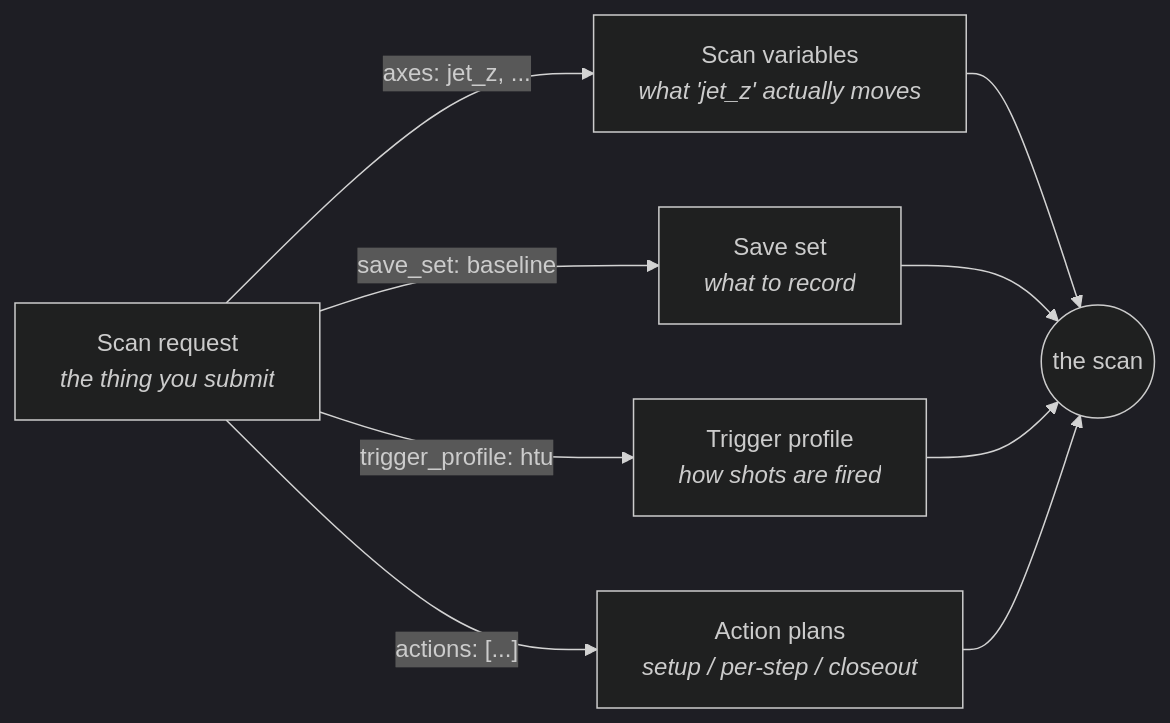
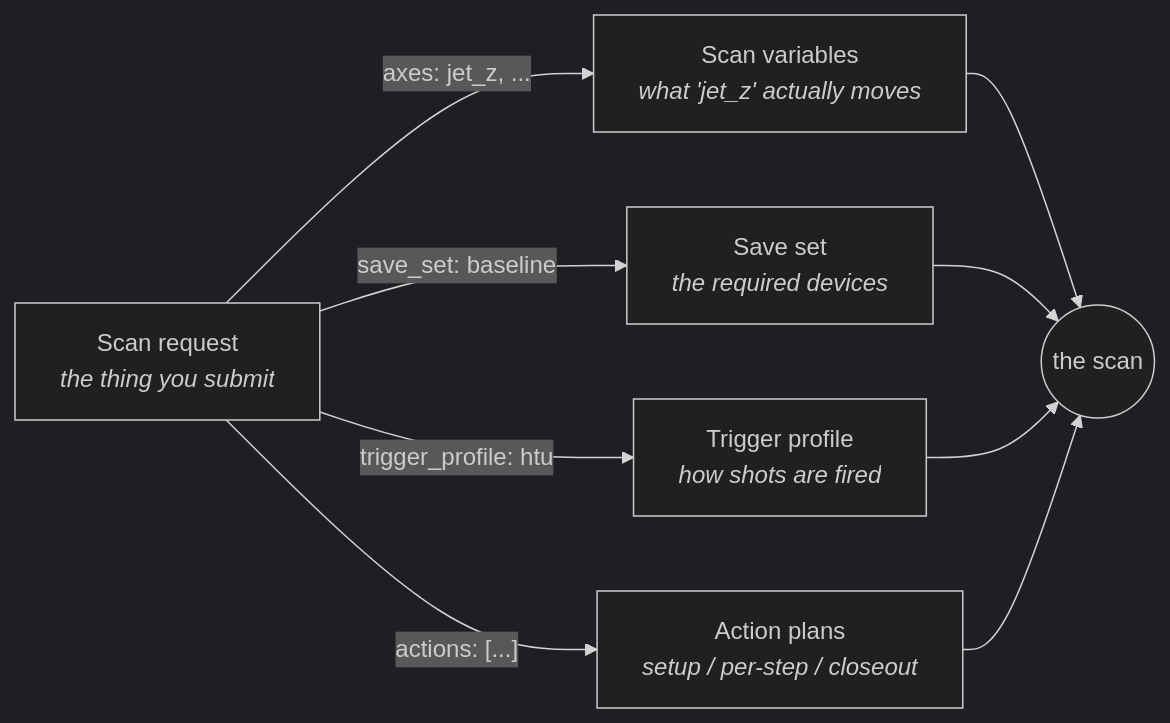
The diagram in docs/geecs_schemas/schemas_overview.md (GEECS-BELLA/GEECS-Plugins), drawn with Mermaid (dark theme) before and after one commit. The commit also changed other lines of this file and 13 other files, not shown here.

````diff
--- a/docs/geecs_schemas/schemas_overview.md
+++ b/docs/geecs_schemas/schemas_overview.md
@@ -52,18 +99,18 @@
 ```mermaid
 flowchart LR
     SR["Scan request<br/><i>the thing you submit</i>"]
     SV["Scan variables<br/><i>what 'jet_z' actually moves</i>"]
-    SS["Save set<br/><i>what to record</i>"]
+    SS["Save set<br/><i>the required devices</i>"]
     TP["Trigger profile<br/><i>how shots are fired</i>"]
     AP["Action plans<br/><i>setup / per-step / closeout</i>"]
     SCAN(("the scan"))
 
     SR -- "axes: jet_z, ..." --> SV
     SR -- "save_set: baseline" --> SS
     SR -- "trigger_profile: htu" --> TP
     SR -- "actions: [...]" --> AP
     SV --> SCAN
     SS --> SCAN
     TP --> SCAN
     AP --> SCAN
 ```
````
